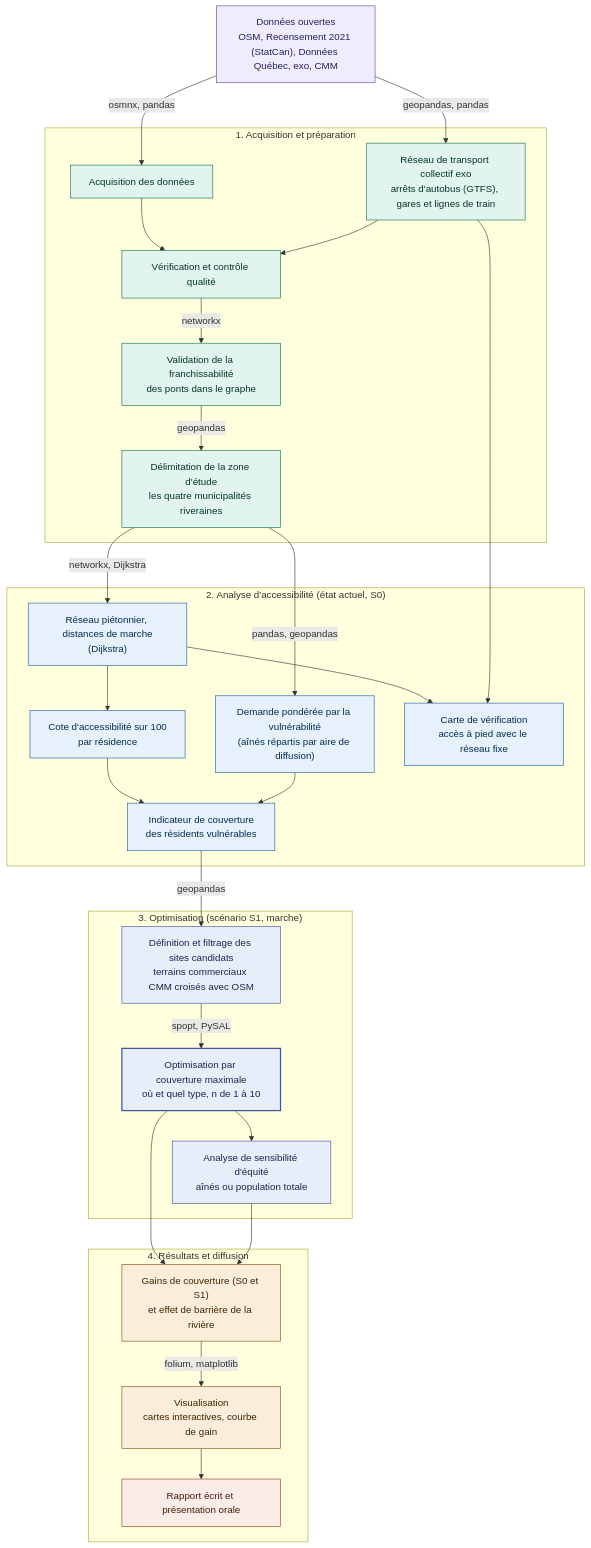
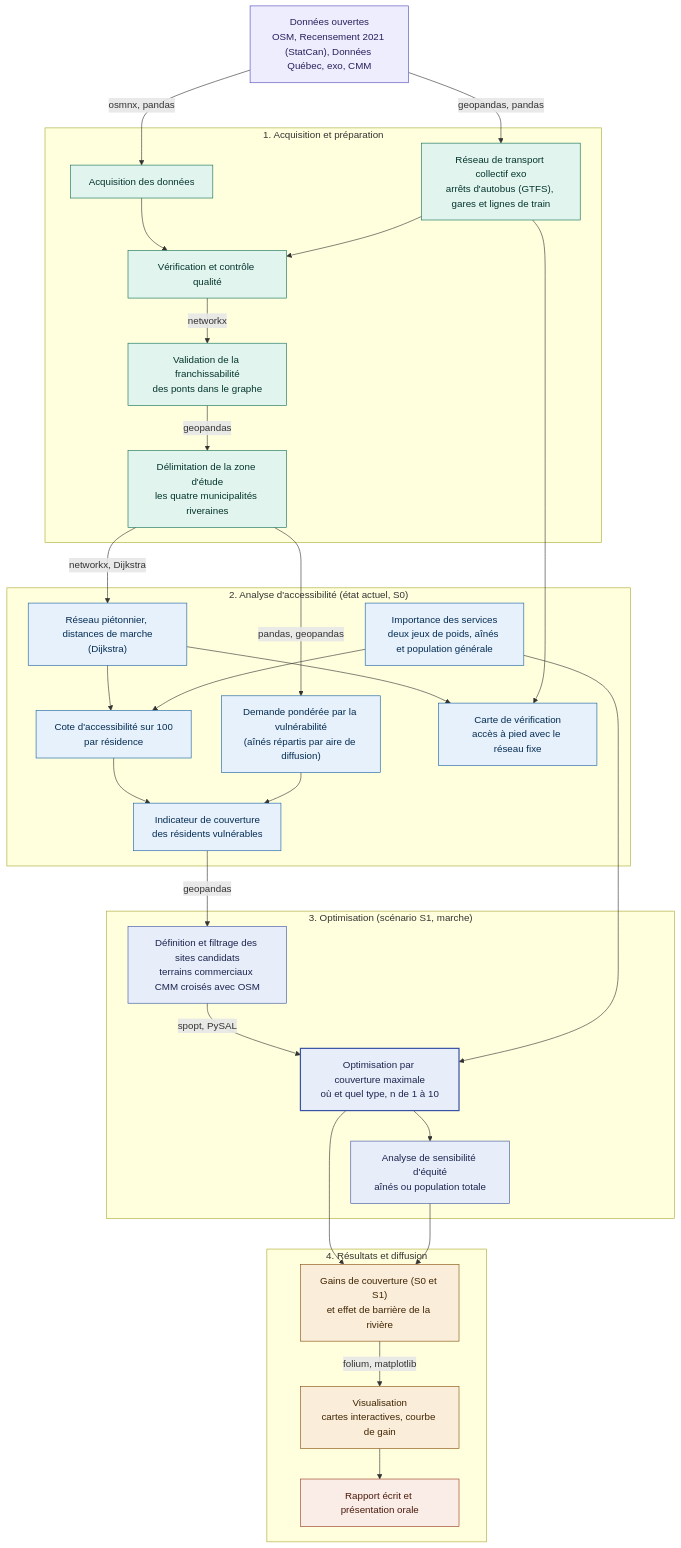
The diagram in README.md (girm8601/GMQ580_PS_MGiraldeau), drawn with Mermaid before and after one commit. The commit also changed other lines of this file and 3 other files, not shown here.

Commit message:
docs: rewrite progress notes and update README pipeline diagram

````diff
--- a/README.md
+++ b/README.md
@@ -51,71 +51,75 @@
 ```mermaid
 flowchart TD
     A["Données ouvertes<br/>OSM, Recensement 2021 (StatCan), Données Québec, exo, CMM"]
 
     subgraph P1["1. Acquisition et préparation"]
         B["Acquisition des données"]
         T["Réseau de transport collectif exo<br/>arrêts d'autobus (GTFS), gares et lignes de train"]
         C["Vérification et contrôle qualité"]
         D["Validation de la franchissabilité<br/>des ponts dans le graphe"]
         E["Délimitation de la zone d'étude<br/>les quatre municipalités riveraines"]
     end
 
     subgraph P2["2. Analyse d'accessibilité (état actuel, S0)"]
         F["Réseau piétonnier, distances de marche<br/>(Dijkstra)"]
+        W["Importance des services<br/>deux jeux de poids, aînés et population générale"]
         G["Cote d'accessibilité sur 100<br/>par résidence"]
         I["Demande pondérée par la vulnérabilité<br/>(aînés répartis par aire de diffusion)"]
         H["Indicateur de couverture<br/>des résidents vulnérables"]
         TA["Carte de vérification<br/>accès à pied avec le réseau fixe"]
     end
 
     subgraph P3["3. Optimisation (scénario S1, marche)"]
         J["Définition et filtrage des sites candidats<br/>terrains commerciaux CMM croisés avec OSM"]
         K["Optimisation par couverture maximale<br/>où et quel type, n de 1 à 10"]
         L["Analyse de sensibilité d'équité<br/>aînés ou population totale"]
     end
 
     subgraph P4["4. Résultats et diffusion"]
         M["Gains de couverture (S0 et S1)<br/>et effet de barrière de la rivière"]
         N["Visualisation<br/>cartes interactives, courbe de gain"]
         O["Rapport écrit et présentation orale"]
     end
 
     A -->|"osmnx, pandas"| B
     A -->|"geopandas, pandas"| T
     B --> C
     T --> C
     C -->|"networkx"| D
     D -->|"geopandas"| E
     E -->|"networkx, Dijkstra"| F
     E -->|"pandas, geopandas"| I
     F --> G
+    W --> G
     F --> TA
     T --> TA
     G --> H
     I --> H
     H -->|"geopandas"| J
     J -->|"spopt, PySAL"| K
+    W --> K
     K --> L
     K --> M
     L --> M
     M -->|"folium, matplotlib"| N
     N --> O
 
     style A fill:#EEEDFE,stroke:#534AB7,color:#26215C
     style B fill:#E1F5EE,stroke:#0F6E56,color:#04342C
     style T fill:#E1F5EE,stroke:#0F6E56,color:#04342C
     style C fill:#E1F5EE,stroke:#0F6E56,color:#04342C
     style D fill:#E1F5EE,stroke:#0F6E56,color:#04342C
     style E fill:#E1F5EE,stroke:#0F6E56,color:#04342C
     style F fill:#E6F1FB,stroke:#185FA5,color:#042C53
+    style W fill:#E6F1FB,stroke:#185FA5,color:#042C53
     style G fill:#E6F1FB,stroke:#185FA5,color:#042C53
     style TA fill:#E6F1FB,stroke:#185FA5,color:#042C53
     style H fill:#E6F1FB,stroke:#185FA5,color:#042C53
     style I fill:#E6F1FB,stroke:#185FA5,color:#042C53
     style J fill:#E8EEF9,stroke:#3B53A4,color:#1B244F
     style K fill:#E8EEF9,stroke:#3B53A4,color:#1B244F,stroke-width:2px
     style L fill:#E8EEF9,stroke:#3B53A4,color:#1B244F
     style M fill:#FAEEDA,stroke:#854F0B,color:#412402
     style N fill:#FAEEDA,stroke:#854F0B,color:#412402
     style O fill:#FAECE7,stroke:#993C1D,color:#4A1B0C
 ```
````
